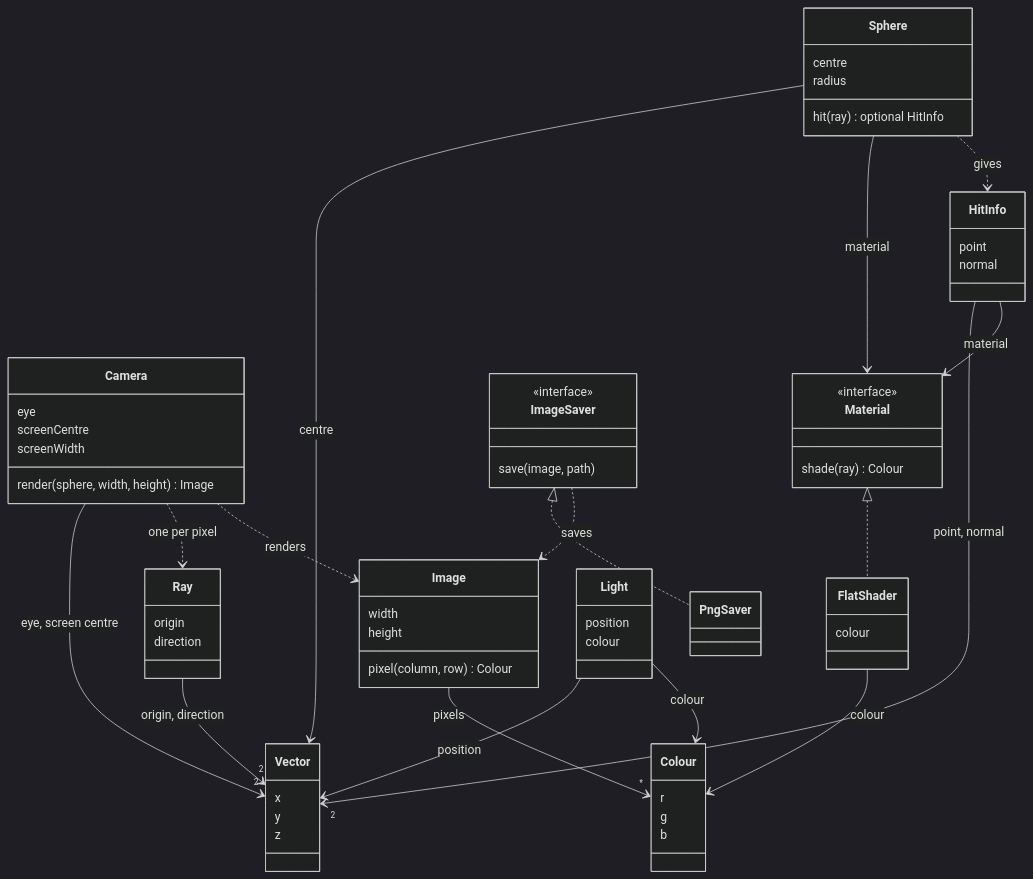
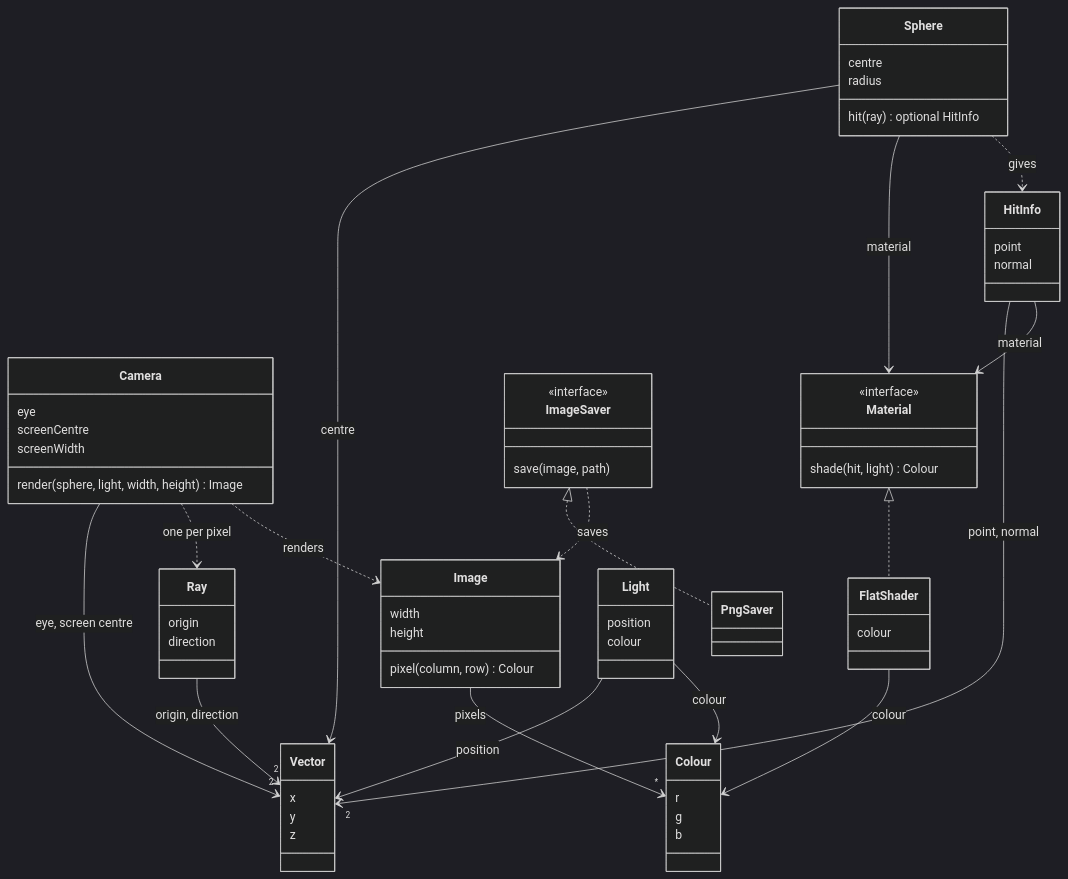
One commit to tsiorynobel/raytracer changed the diagram in docs/domain/domain-model.md. Above: the diagram before and after it, drawn with Mermaid (dark theme). The commit also changed other lines of this file and 11 other files, not shown here.

First line of the commit message:
Shade from the hit and the light

````diff
--- a/docs/domain/domain-model.md
+++ b/docs/domain/domain-model.md
@@ -6,70 +6,70 @@
 ```mermaid
 classDiagram
     class Vector {
         x
         y
         z
     }
     class Ray {
         origin
         direction
     }
     class Sphere {
         centre
         radius
         hit(ray) optional HitInfo
     }
     class HitInfo {
         point
         normal
     }
     class Camera {
         eye
         screenCentre
         screenWidth
-        render(sphere, width, height) Image
+        render(sphere, light, width, height) Image
     }
     class Image {
         width
         height
         pixel(column, row) Colour
     }
     class Colour {
         r
         g
         b
     }
     class Material {
         <<interface>>
-        shade(ray) Colour
+        shade(hit, light) Colour
     }
     class FlatShader {
         colour
     }
     class ImageSaver {
         <<interface>>
         save(image, path)
     }
     class PngSaver
     class Light {
         position
         colour
     }
 
     Ray --> "2" Vector : origin, direction
     Sphere --> Vector : centre
     Sphere --> Material : material
     Sphere ..> HitInfo : gives
     HitInfo --> "2" Vector : point, normal
     HitInfo --> Material : material
     Material <|.. FlatShader
     FlatShader --> Colour : colour
     Camera --> "2" Vector : eye, screen centre
     Camera ..> Ray : one per pixel
     Camera ..> Image : renders
     Image --> "*" Colour : pixels
     ImageSaver <|.. PngSaver
     ImageSaver ..> Image : saves
     Light --> Vector : position
     Light --> Colour : colour
 ```
````
